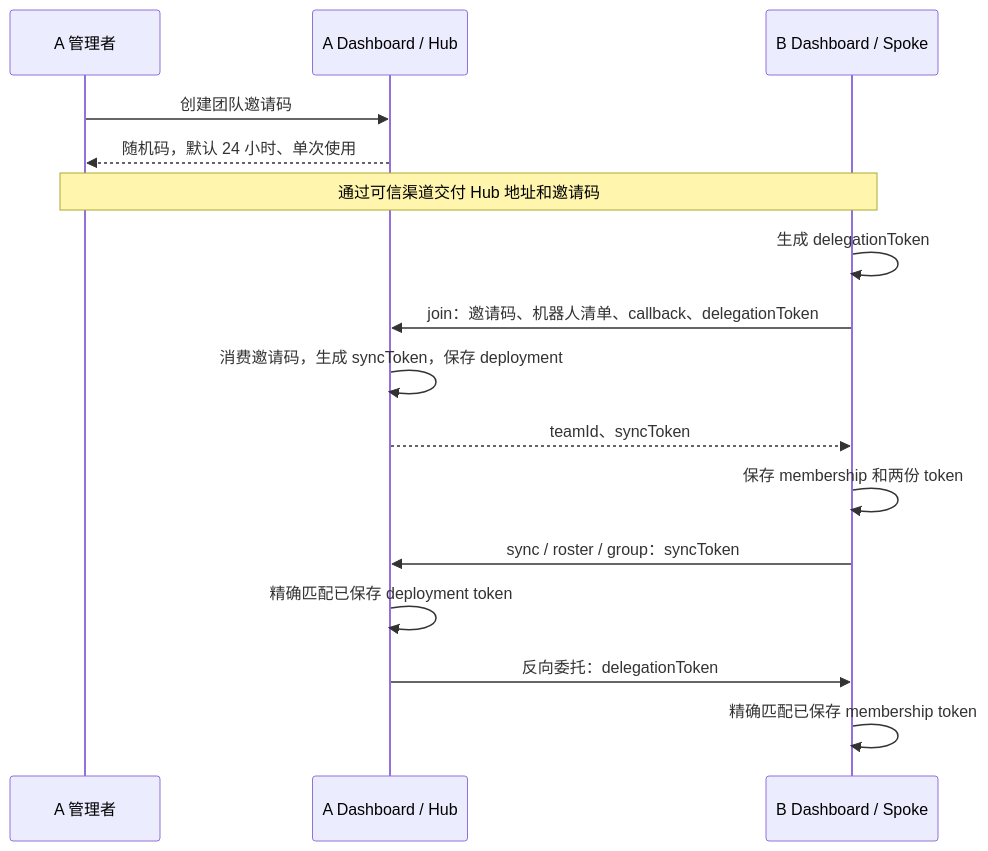
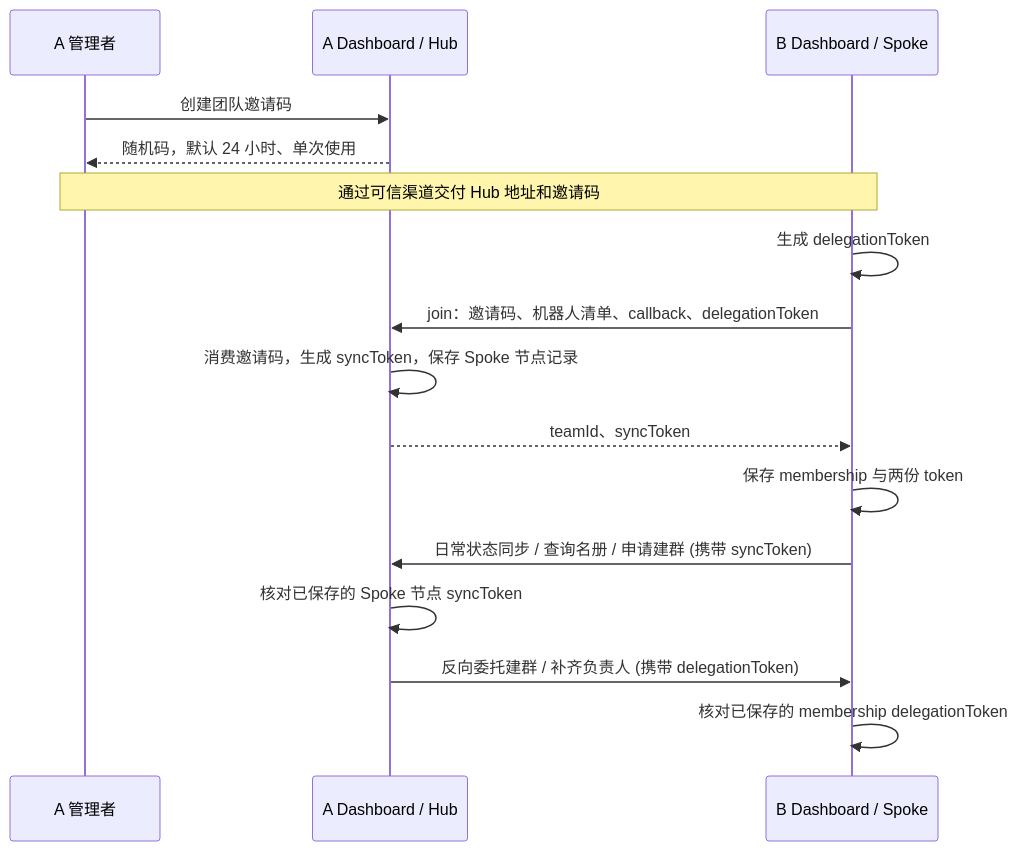
One commit to PerfectPan/wiki changed the second of 3 diagrams in wiki/topics/ai/botmux-team-federation.md. Above: the diagram before and after it, drawn with Mermaid. The commit also changed other lines of this file and 1 other file, not shown here.

First line of the commit message:
docs(auth): clarify OAuth code exchange, CLI flow, and machine provisioning

````diff
--- a/wiki/topics/ai/botmux-team-federation.md
+++ b/wiki/topics/ai/botmux-team-federation.md
@@ -108,18 +108,18 @@
 ```mermaid
 sequenceDiagram
   participant U as A 管理者
   participant H as A Dashboard / Hub
   participant S as B Dashboard / Spoke
   U->>H: 创建团队邀请码
   H-->>U: 随机码，默认 24 小时、单次使用
   Note over U,S: 通过可信渠道交付 Hub 地址和邀请码
   S->>S: 生成 delegationToken
   S->>H: join：邀请码、机器人清单、callback、delegationToken
-  H->>H: 消费邀请码，生成 syncToken，保存 deployment
+  H->>H: 消费邀请码，生成 syncToken，保存 Spoke 节点记录
   H-->>S: teamId、syncToken
-  S->>S: 保存 membership 和两份 token
-  S->>H: sync / roster / group：syncToken
-  H->>H: 精确匹配已保存 deployment token
-  H->>S: 反向委托：delegationToken
-  S->>S: 精确匹配已保存 membership token
+  S->>S: 保存 membership 与两份 token
+  S->>H: 日常状态同步 / 查询名册 / 申请建群 (携带 syncToken)
+  H->>H: 核对已保存的 Spoke 节点 syncToken
+  H->>S: 反向委托建群 / 补齐负责人 (携带 delegationToken)
+  S->>S: 核对已保存的 membership delegationToken
 ```
````
